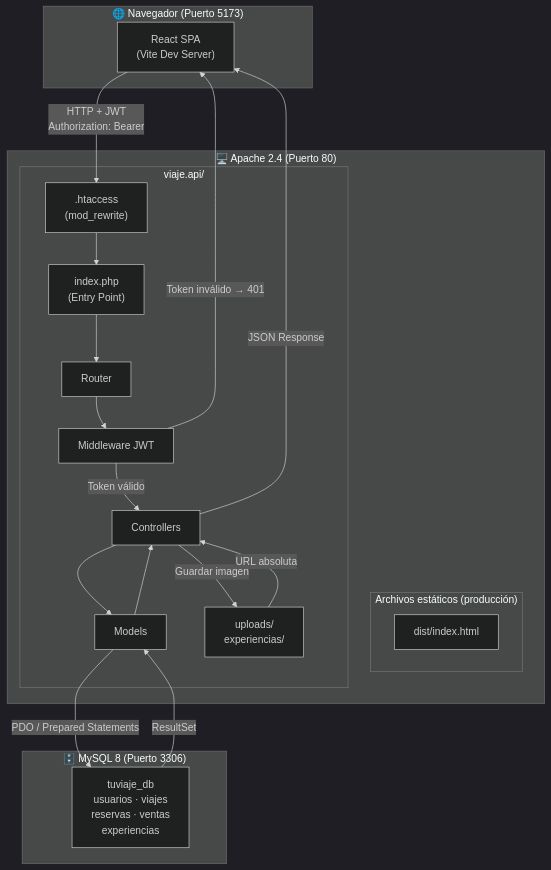
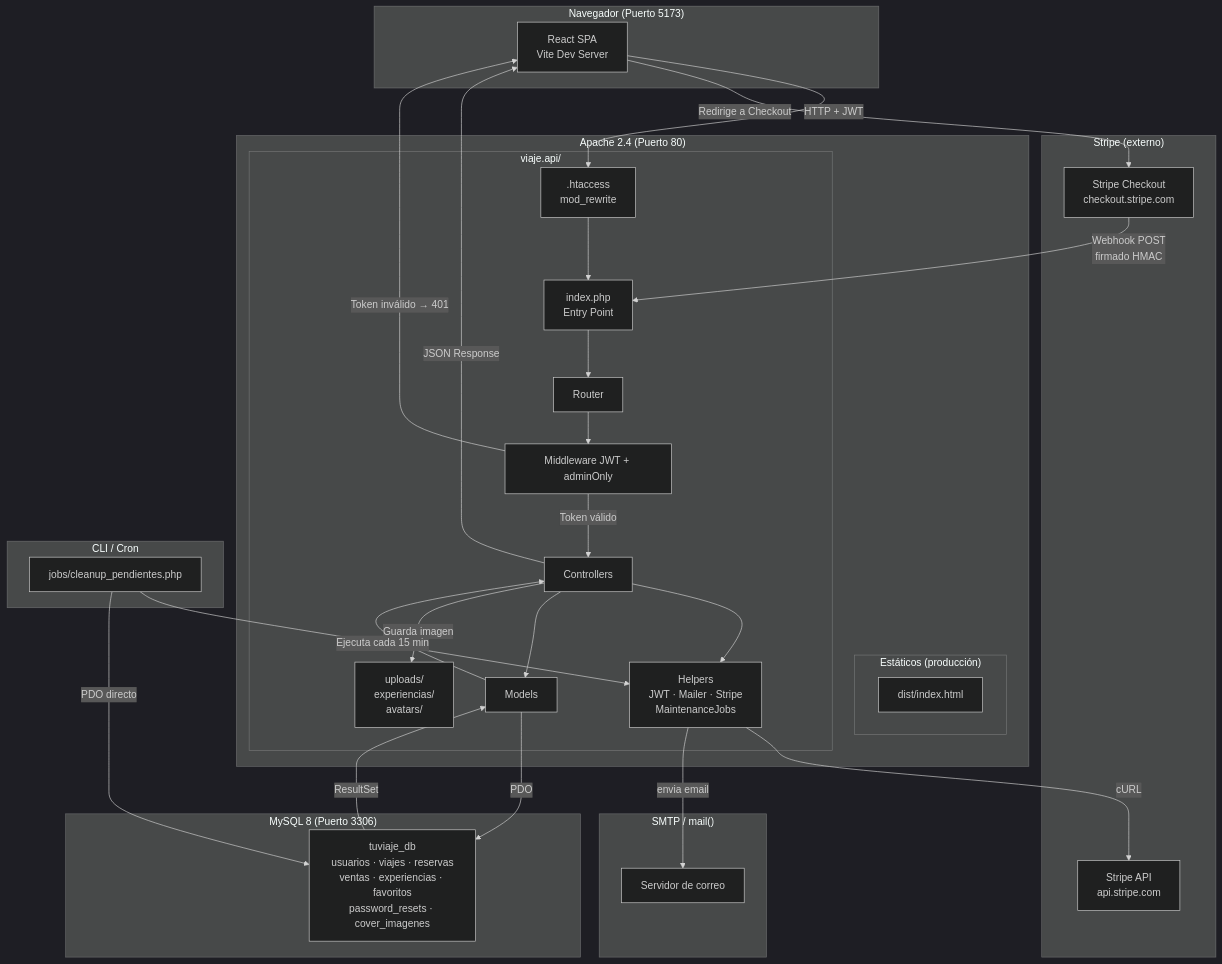
One commit to JorggeHM/TuViaje changed the second of 14 diagrams in DIAGRAMAS.md. Above: the diagram before and after it, drawn with Mermaid (dark theme). The commit also changed other lines of this file and 15 other files, not shown here.

````diff
--- a/DIAGRAMAS.md
+++ b/DIAGRAMAS.md
@@ -94,39 +135,59 @@
 ```mermaid
 graph TB
-    subgraph BROWSER["🌐 Navegador (Puerto 5173)"]
-        SPA["React SPA<br/>(Vite Dev Server)"]
+    subgraph BROWSER["Navegador (Puerto 5173)"]
+        SPA["React SPA<br/>Vite Dev Server"]
     end
 
-    subgraph APACHE["🖥️ Apache 2.4 (Puerto 80)"]
-        subgraph FRONTEND_BUILD["Archivos estáticos (producción)"]
+    subgraph EXT_STRIPE["Stripe (externo)"]
+        STRIPE_CHECKOUT["Stripe Checkout<br/>checkout.stripe.com"]
+        STRIPE_API["Stripe API<br/>api.stripe.com"]
+    end
+
+    subgraph SMTP["SMTP / mail()"]
+        MAIL_RX["Servidor de correo"]
+    end
+
+    subgraph APACHE["Apache 2.4 (Puerto 80)"]
+        subgraph FRONTEND_BUILD["Estáticos (producción)"]
             DIST["dist/index.html"]
         end
         subgraph API["viaje.api/"]
-            HTACCESS[".htaccess<br/>(mod_rewrite)"]
-            ENTRY["index.php<br/>(Entry Point)"]
+            HTACCESS[".htaccess<br/>mod_rewrite"]
+            ENTRY["index.php<br/>Entry Point"]
             ROUTER["Router"]
-            MIDDLEWARE["Middleware JWT"]
+            MIDDLEWARE["Middleware JWT + adminOnly"]
             CONTROLLERS["Controllers"]
+            HELPERS_BOX["Helpers<br/>JWT · Mailer · Stripe<br/>MaintenanceJobs"]
             MODELS["Models"]
-            UPLOADS["uploads/<br/>experiencias/"]
+            UPLOADS["uploads/<br/>experiencias/<br/>avatars/"]
         end
     end
 
-    subgraph DB["🗄️ MySQL 8 (Puerto 3306)"]
-        TABLES["tuviaje_db<br/>usuarios · viajes<br/>reservas · ventas<br/>experiencias"]
+    subgraph CRON["CLI / Cron"]
+        JOB["jobs/cleanup_pendientes.php"]
     end
 
-    SPA -- "HTTP + JWT<br/>Authorization: Bearer" --> HTACCESS
+    subgraph DB["MySQL 8 (Puerto 3306)"]
+        TABLES["tuviaje_db<br/>usuarios · viajes · reservas<br/>ventas · experiencias · favoritos<br/>password_resets · cover_imagenes"]
+    end
+
+    SPA -- "HTTP + JWT" --> HTACCESS
+    SPA -- "Redirige a Checkout" --> STRIPE_CHECKOUT
     HTACCESS --> ENTRY
     ENTRY --> ROUTER
     ROUTER --> MIDDLEWARE
     MIDDLEWARE -- "Token válido" --> CONTROLLERS
     MIDDLEWARE -- "Token inválido → 401" --> SPA
+    CONTROLLERS --> HELPERS_BOX
     CONTROLLERS --> MODELS
-    MODELS -- "PDO / Prepared Statements" --> TABLES
-    CONTROLLERS -- "Guardar imagen" --> UPLOADS
-    UPLOADS -- "URL absoluta" --> CONTROLLERS
+    HELPERS_BOX -- "cURL" --> STRIPE_API
+    HELPERS_BOX -- "envia email" --> MAIL_RX
+    STRIPE_CHECKOUT -- "Webhook POST<br/>firmado HMAC" --> ENTRY
+    MODELS -- "PDO" --> TABLES
     TABLES -- "ResultSet" --> MODELS
     MODELS --> CONTROLLERS
     CONTROLLERS -- "JSON Response" --> SPA
+    CONTROLLERS -- "Guarda imagen" --> UPLOADS
+    JOB -- "Ejecuta cada 15 min" --> HELPERS_BOX
+    JOB -- "PDO directo" --> TABLES
 ```
````
